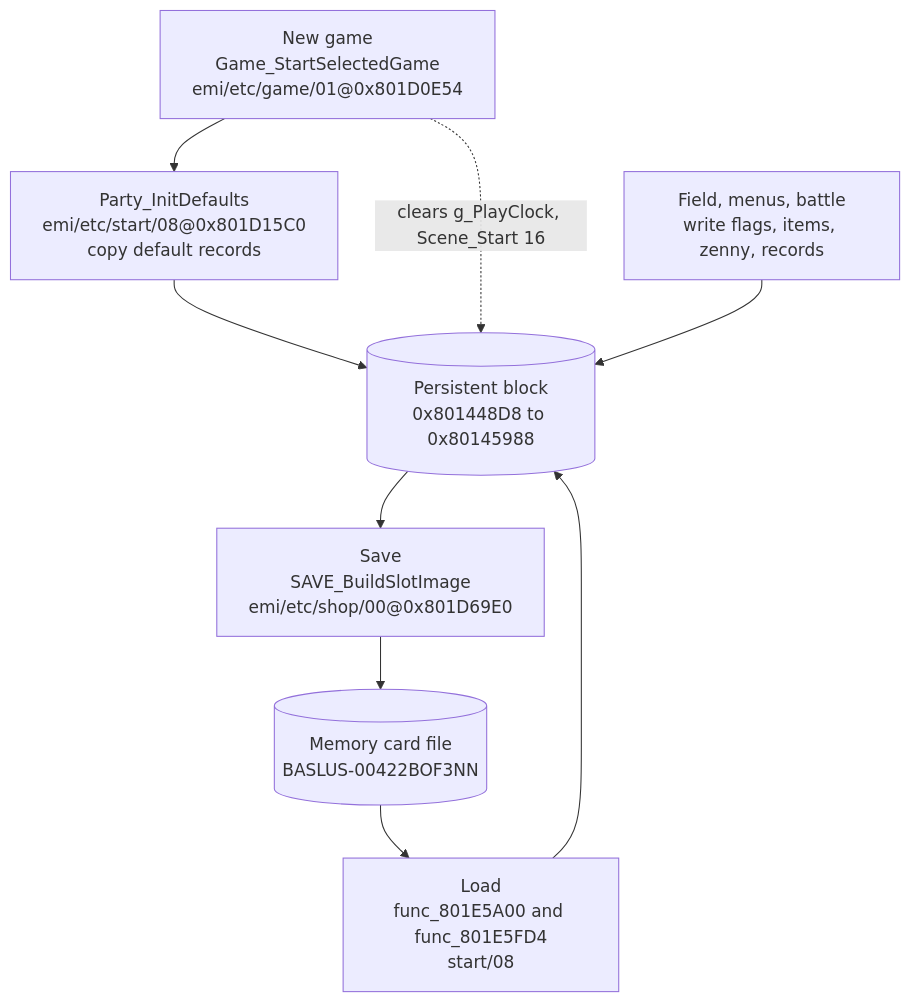
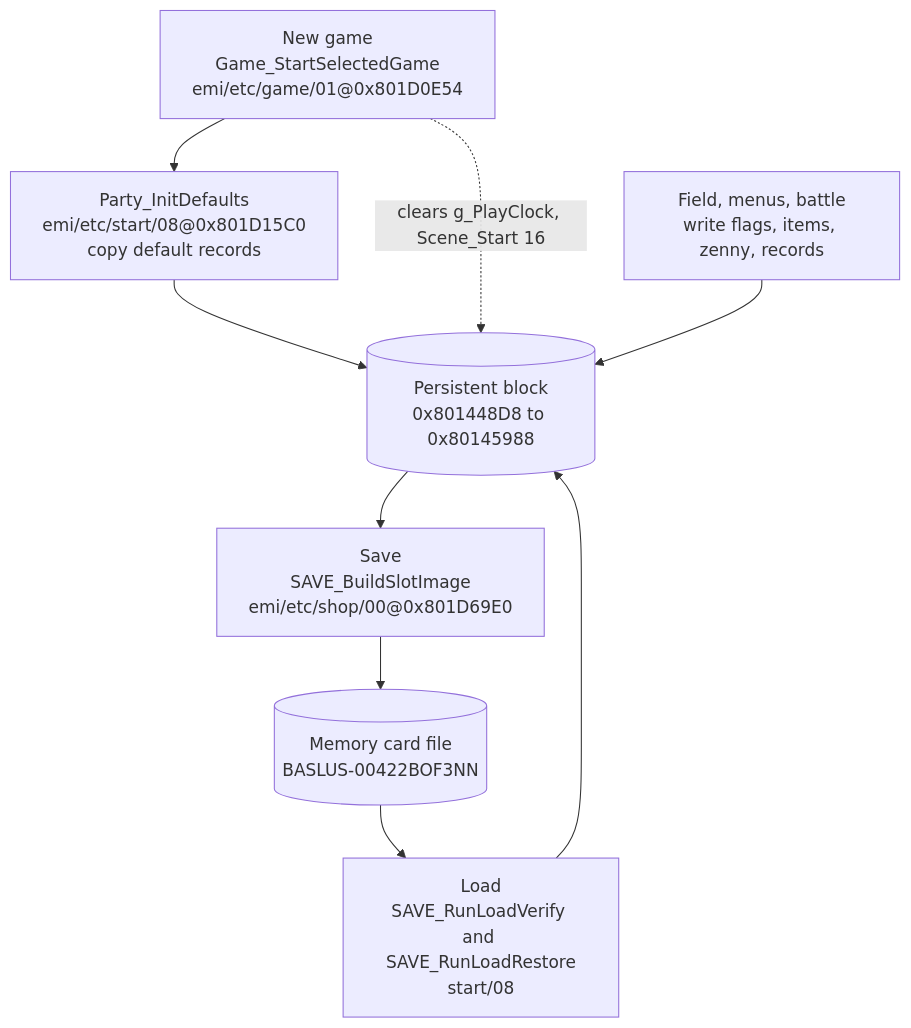
One commit to raulcorreia7/bof3-wiki changed the first of 2 diagrams in src/content/docs/systems/state.md. Above: the diagram before and after it, drawn with Mermaid. The commit also changed other lines of this file and 20 other files, not shown here.

````diff
--- a/src/content/docs/systems/state.md
+++ b/src/content/docs/systems/state.md
@@ -73,16 +73,16 @@
 ```mermaid
 flowchart TD
     NG["New game<br/>Game_StartSelectedGame<br/>emi/etc/game/01@0x801D0E54"]
     DEF["Party_InitDefaults<br/>emi/etc/start/08@0x801D15C0<br/>copy default records"]
-    LD["Load<br/>func_801E5A00 and func_801E5FD4<br/>start/08"]
+    LD["Load<br/>SAVE_RunLoadVerify and SAVE_RunLoadRestore<br/>start/08"]
     BLK[("Persistent block<br/>0x801448D8 to 0x80145988")]
     SV["Save<br/>SAVE_BuildSlotImage<br/>emi/etc/shop/00@0x801D69E0"]
     CARD[("Memory card file<br/>BASLUS-00422BOF3NN")]
     FIELD["Field, menus, battle<br/>write flags, items, zenny, records"]
 
     NG --> DEF --> BLK
     NG -. "clears g_PlayClock, Scene_Start 16" .-> BLK
     FIELD --> BLK
     BLK --> SV --> CARD
     CARD --> LD --> BLK
 ```
````
